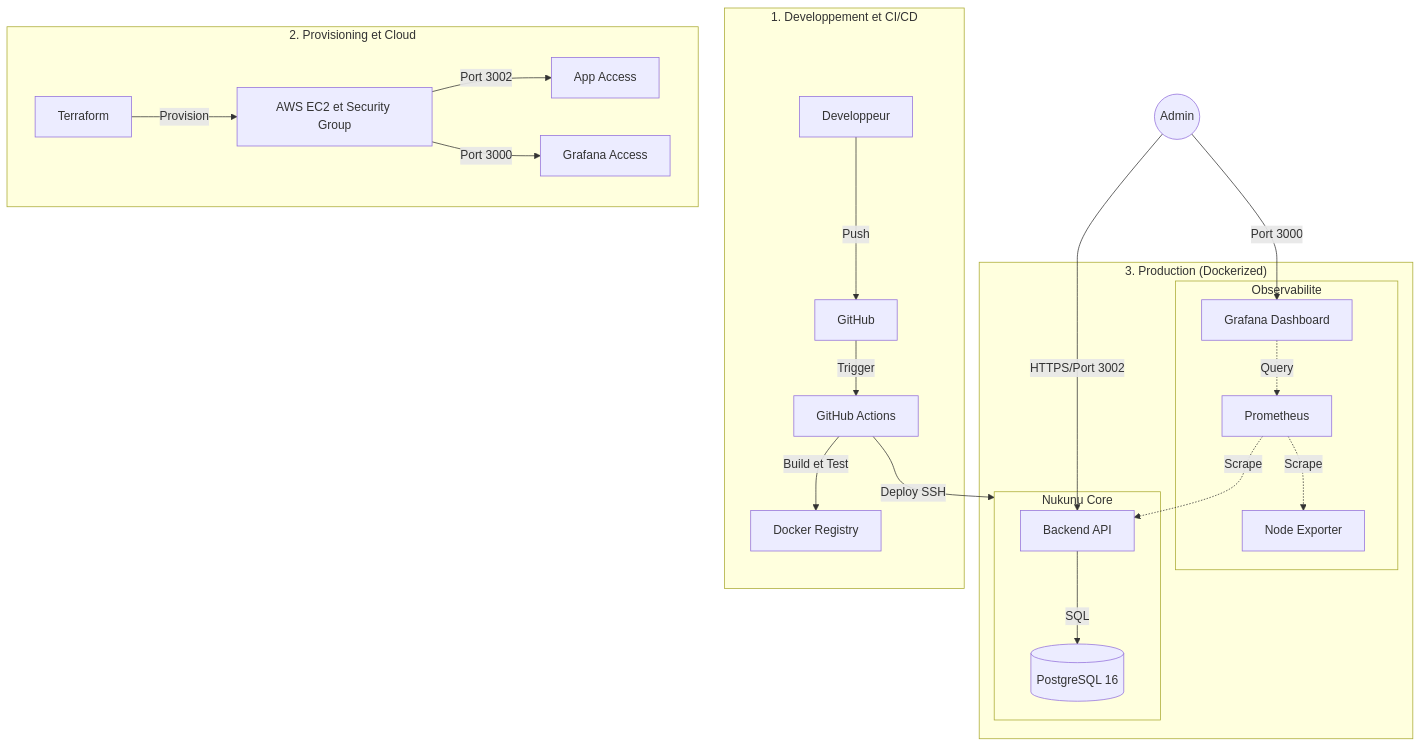
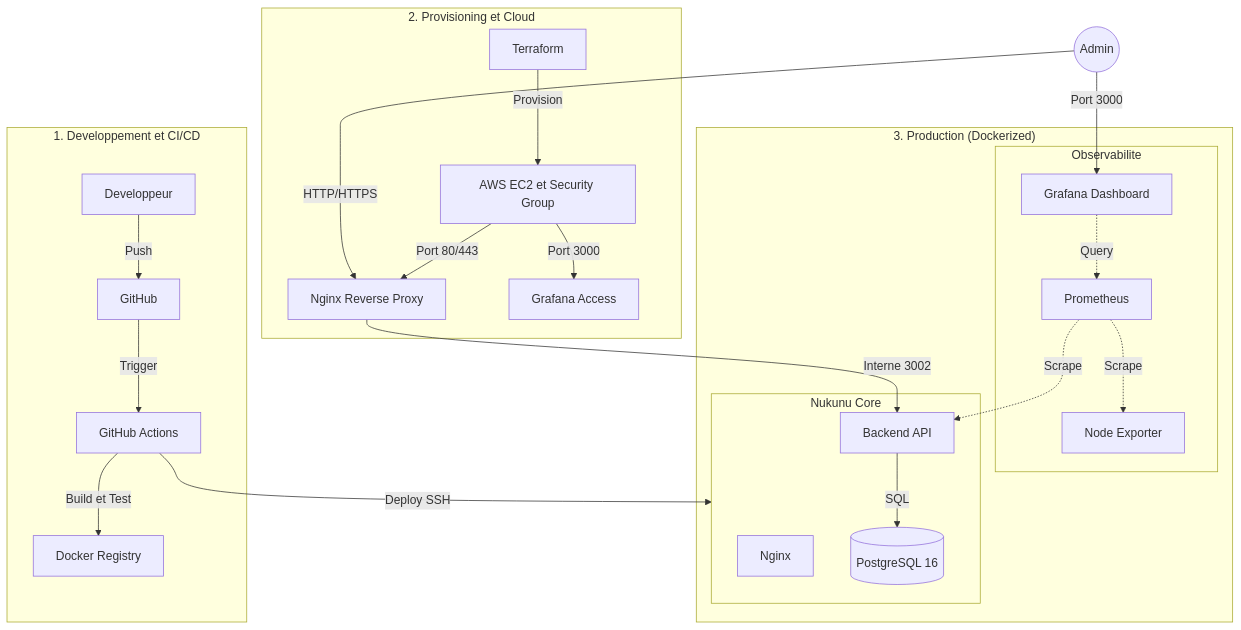
Before and after one commit to DJOMATIN-AHO-Christian/Nukunu-Solar-projet-asd: the diagram in README.md, drawn with Mermaid. The commit also changed other lines of this file, not shown here.

Commit message:
docs: update README with Nginx architecture and new production URL

````diff
--- a/README.md
+++ b/README.md
@@ -31,35 +31,37 @@
 ```mermaid
 graph TD
     subgraph Dev ["1. Developpement et CI/CD"]
         Developer["Developpeur"] -->|Push| Git["GitHub"]
         Git -->|Trigger| CICD["GitHub Actions"]
         CICD -->|Build et Test| Docker["Docker Registry"]
     end
 
     subgraph IaC ["2. Provisioning et Cloud"]
         TF["Terraform"] -->|Provision| AWS_EC2["AWS EC2 et Security Group"]
-        AWS_EC2 -->|Port 3002| API_Access["App Access"]
+        AWS_EC2 -->|Port 80/443| Proxy["Nginx Reverse Proxy"]
         AWS_EC2 -->|Port 3000| Grafana_Access["Grafana Access"]
     end
 
     subgraph Runtime ["3. Production (Dockerized)"]
         subgraph Monitoring ["Observabilite"]
             Prom["Prometheus"]
             Graf["Grafana Dashboard"]
             NodeExp["Node Exporter"]
         end
         subgraph App ["Nukunu Core"]
+            Nginx["Nginx"]
             API["Backend API"]
             DB[("PostgreSQL 16")]
         end
     end
 
     %% Interactions
     CICD -->|Deploy SSH| App
-    User((Utilisateur)) -->|HTTPS/Port 3002| API
+    User((Utilisateur)) -->|HTTP/HTTPS| Proxy
+    Proxy -->|Interne 3002| API
     User((Admin)) -->|Port 3000| Graf
     API -->|SQL| DB
     Prom -.->|Scrape| API
     Prom -.->|Scrape| NodeExp
     Graf -.->|Query| Prom
 ```
````
